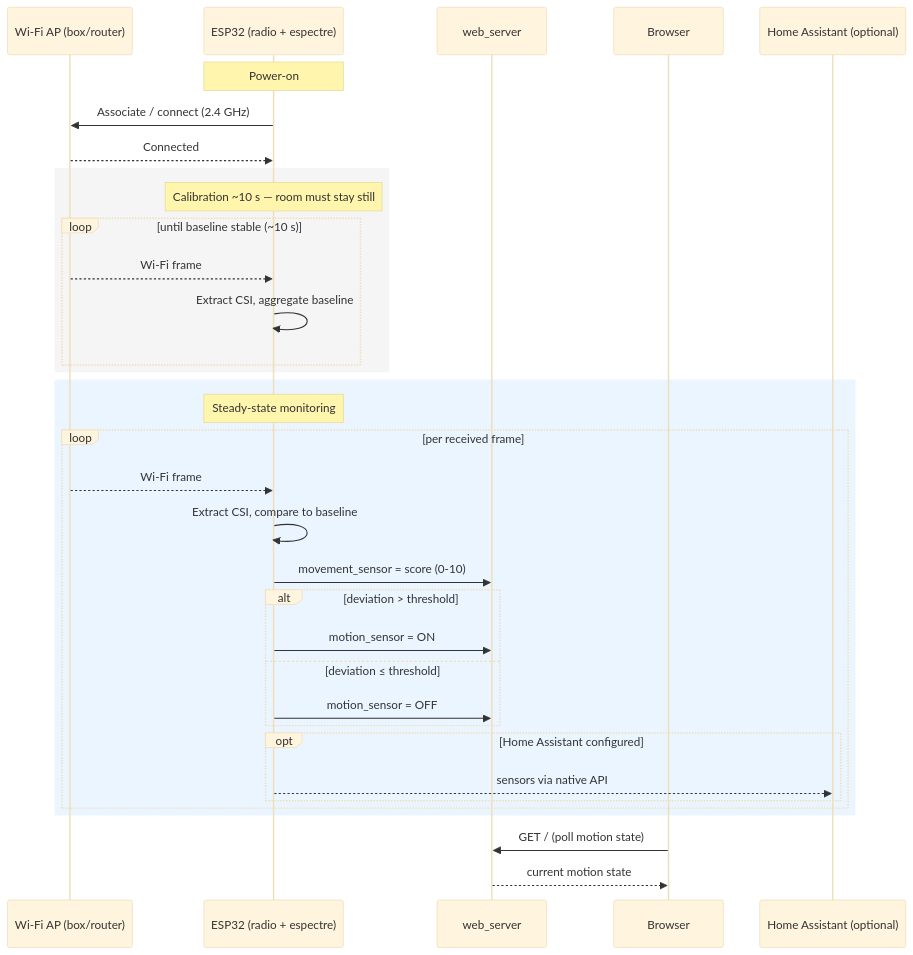
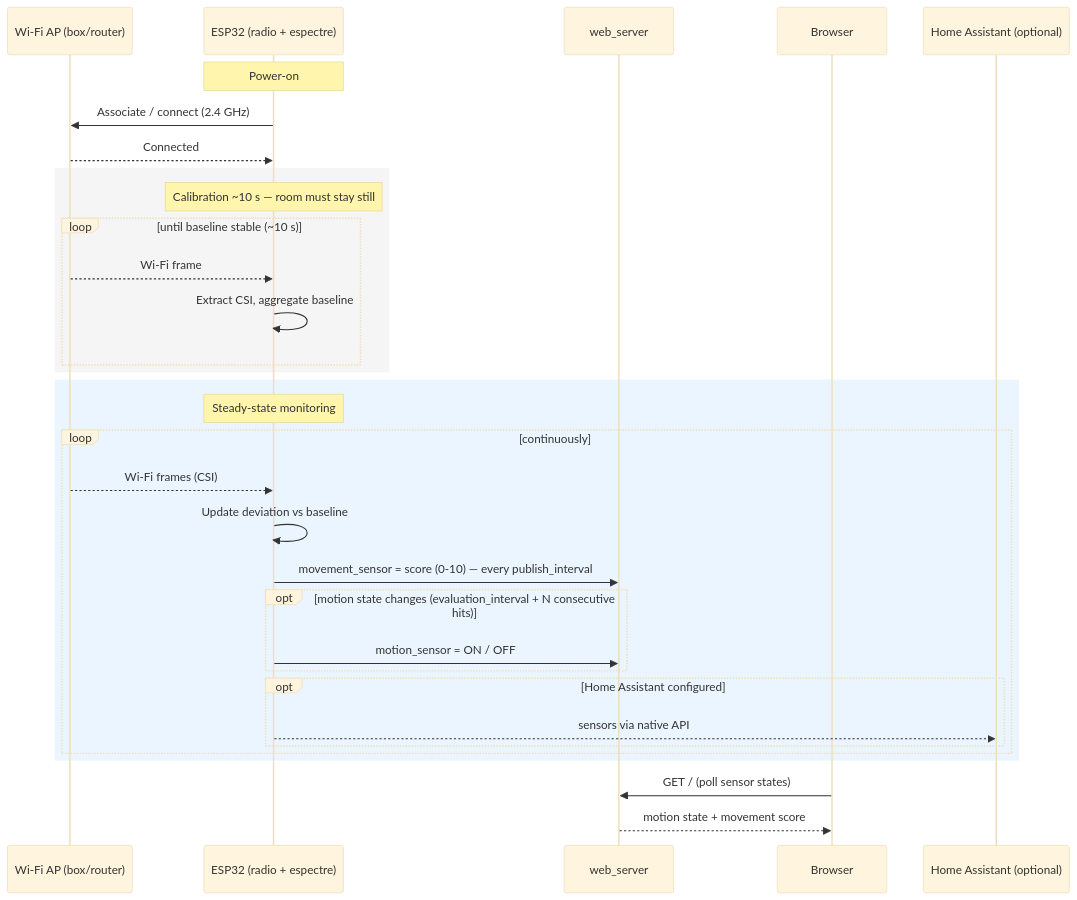
The diagram in docs/architecture/diagrams/wifi-sensing/02-sequence-detection.md (benoit-bremaud/espectre-lab), drawn with Mermaid (base theme) before and after one commit. The commit also changed other lines of this file and 3 other files, not shown here.

First line of the commit message:
docs(uml): refine sensor cadence and runtime recalibration (review)

````diff
--- a/docs/architecture/diagrams/wifi-sensing/02-sequence-detection.md
+++ b/docs/architecture/diagrams/wifi-sensing/02-sequence-detection.md
@@ -9,40 +10,38 @@
 ```mermaid
 sequenceDiagram
     participant AP as Wi-Fi AP (box/router)
     participant ESP as ESP32 (radio + espectre)
     participant WS as web_server
     participant BR as Browser
     participant HA as Home Assistant (optional)
 
     Note over ESP: Power-on
     ESP->>AP: Associate / connect (2.4 GHz)
     AP-->>ESP: Connected
 
     rect rgb(245,245,245)
     Note over ESP: Calibration ~10 s — room must stay still
     loop until baseline stable (~10 s)
         AP-->>ESP: Wi-Fi frame
         ESP->>ESP: Extract CSI, aggregate baseline
     end
     end
 
     rect rgb(235,245,255)
     Note over ESP: Steady-state monitoring
-    loop per received frame
-        AP-->>ESP: Wi-Fi frame
-        ESP->>ESP: Extract CSI, compare to baseline
-        ESP->>WS: movement_sensor = score (0-10)
-        alt deviation > threshold
-            ESP->>WS: motion_sensor = ON
-        else deviation ≤ threshold
-            ESP->>WS: motion_sensor = OFF
+    loop continuously
+        AP-->>ESP: Wi-Fi frames (CSI)
+        ESP->>ESP: Update deviation vs baseline
+        ESP->>WS: movement_sensor = score (0-10) — every publish_interval
+        opt motion state changes (evaluation_interval + N consecutive hits)
+            ESP->>WS: motion_sensor = ON / OFF
         end
         opt Home Assistant configured
             ESP-->>HA: sensors via native API
         end
     end
     end
 
-    BR->>WS: GET / (poll motion state)
-    WS-->>BR: current motion state
+    BR->>WS: GET / (poll sensor states)
+    WS-->>BR: motion state + movement score
 ```
````
